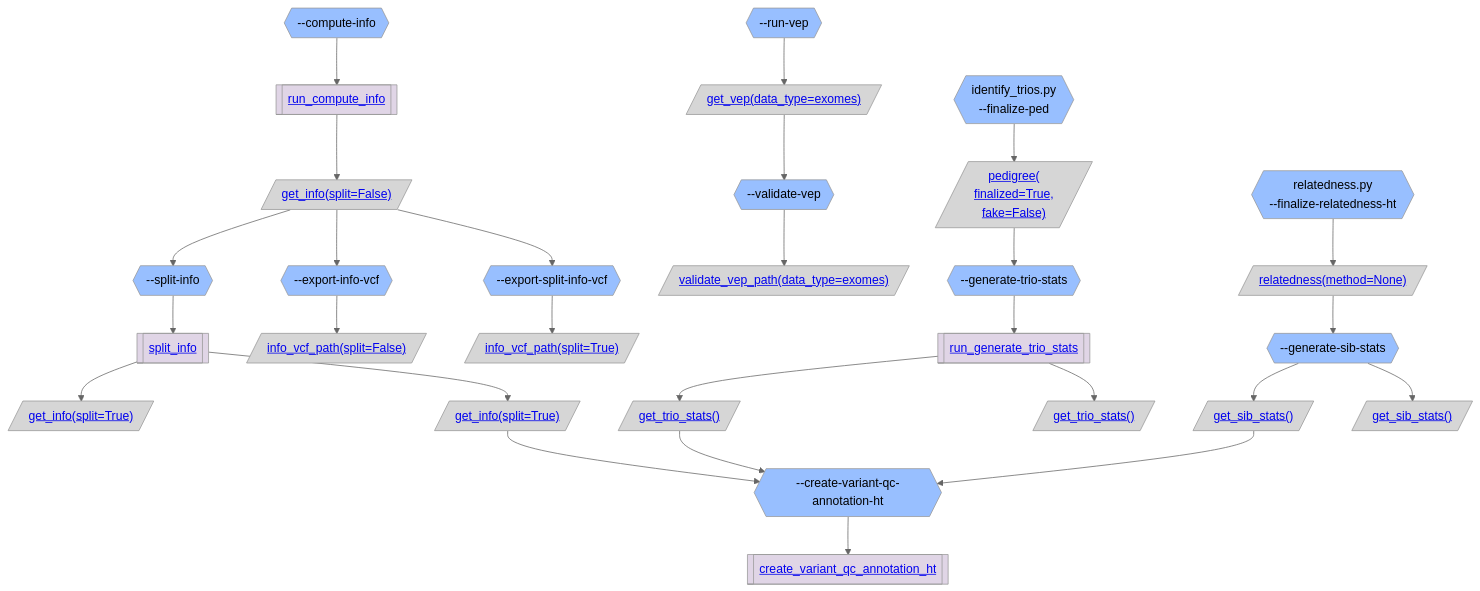
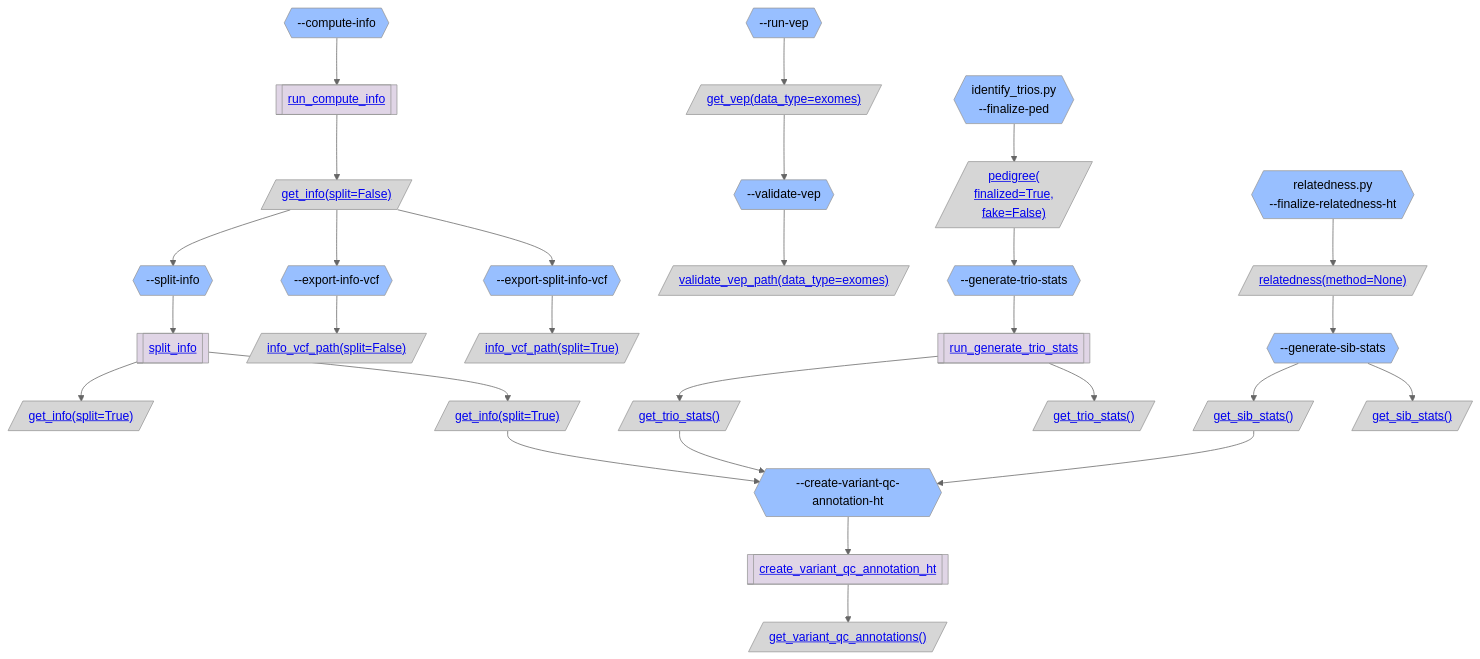
The second of 5 diagrams in gnomad_qc/v4/annotations/README.md (broadinstitute/gnomad_qc), drawn with Mermaid (neutral theme) before and after one commit. The commit also changed other lines of this file and 3 other files, not shown here.

````diff
--- a/gnomad_qc/v4/annotations/README.md
+++ b/gnomad_qc/v4/annotations/README.md
@@ -125,69 +136,71 @@
 ```mermaid
 flowchart TB;
   classDef script_color fill:#2C5D4A,color:#000000
   classDef step_color fill:#98BFFF,color:#000000
   classDef func_color fill:#E0D5E6,color:#000000
   classDef gnomad_methods_color fill:#F9F2CE,color:#000000
   classDef hail_color fill:#FAEACE,color:#000000
   classDef resource_color fill:#D6D6D6,color:#000000
   classDef validity_check_color fill:#2C5D4A,color:#000000
 
   step_compute_info{{"--compute-info"}}:::step_color;
   func_run_compute_info[["<a href='https://github.com/broadinstitute/gnomad_qc/tree/main/gnomad_qc/v4/annotations/generate_variant_qc_annotations.py#L221'>run_compute_info</a>"]]:::func_color;
   resource_get_info_split_False[/"<a href='https://github.com/broadinstitute/gnomad_qc/tree/main/gnomad_qc/v4/resources/annotations.py#L47'>get_info(split=False)</a>"/]:::resource_color;
   step_split_info{{"--split-info"}}:::step_color;
   func_split_info[["<a href='https://github.com/broadinstitute/gnomad_qc/tree/main/gnomad_qc/v4/annotations/generate_variant_qc_annotations.py#L399'>split_info</a>"]]:::func_color;
   get_info_split_True[/"<a href='https://github.com/broadinstitute/gnomad_qc/tree/main/gnomad_qc/v4/resources/annotations.py#L47'>get_info(split=True)</a>"/]:::resource_color;
   resource_get_info_split_True[/"<a href='https://github.com/broadinstitute/gnomad_qc/tree/main/gnomad_qc/v4/resources/annotations.py#L47'>get_info(split=True)</a>"/]:::resource_color;
   step_create_variant_qc_annotation_ht{{"--create-variant-qc-annotation-ht"}}:::step_color;
   func_create_variant_qc_annotation_ht[["<a href='https://github.com/broadinstitute/gnomad_qc/tree/main/gnomad_qc/v4/annotations/generate_variant_qc_annotations.py#L478'>create_variant_qc_annotation_ht</a>"]]:::func_color;
+  get_variant_qc_annotations_[/"<a href='https://github.com/broadinstitute/gnomad_qc/tree/main/gnomad_qc/v4/resources/annotations.py#L149'>get_variant_qc_annotations()</a>"/]:::resource_color;
   step_generate_trio_stats{{"--generate-trio-stats"}}:::step_color;
   func_run_generate_trio_stats[["<a href='https://github.com/broadinstitute/gnomad_qc/tree/main/gnomad_qc/v4/annotations/generate_variant_qc_annotations.py#L427'>run_generate_trio_stats</a>"]]:::func_color;
   resource_get_trio_stats_[/"<a href='https://github.com/broadinstitute/gnomad_qc/tree/main/gnomad_qc/v4/resources/annotations.py#L113'>get_trio_stats()</a>"/]:::resource_color;
   step_generate_sib_stats{{"--generate-sib-stats"}}:::step_color;
   resource_get_sib_stats_[/"<a href='https://github.com/broadinstitute/gnomad_qc/tree/main/gnomad_qc/v4/resources/annotations.py#L131'>get_sib_stats()</a>"/]:::resource_color;
   step_export_info_vcf{{"--export-info-vcf"}}:::step_color;
   info_vcf_path_split_False[/"<a href='https://github.com/broadinstitute/gnomad_qc/tree/main/gnomad_qc/v4/resources/annotations.py#L185'>info_vcf_path(split=False)</a>"/]:::resource_color;
   step_export_split_info_vcf{{"--export-split-info-vcf"}}:::step_color;
   info_vcf_path_split_True[/"<a href='https://github.com/broadinstitute/gnomad_qc/tree/main/gnomad_qc/v4/resources/annotations.py#L185'>info_vcf_path(split=True)</a>"/]:::resource_color;
   step_run_vep{{"--run-vep"}}:::step_color;
   resource_get_vep_data_type_exomes[/"<a href='https://github.com/broadinstitute/gnomad_qc/tree/main/gnomad_qc/v4/resources/annotations.py#L69'>get_vep(data_type=exomes)</a>"/]:::resource_color;
   step_validate_vep{{"--validate-vep"}}:::step_color;
   validate_vep_path_data_type_exomes[/"<a href='https://github.com/broadinstitute/gnomad_qc/tree/main/gnomad_qc/v4/resources/annotations.py#L90'>validate_vep_path(data_type=exomes)</a>"/]:::resource_color;
   step_finalize_ped{{"identify_trios.py
 --finalize-ped"}}:::step_color;
   resource_pedigree_finalized_True_fake_False[/"<a href='https://github.com/broadinstitute/gnomad_qc/tree/main/gnomad_qc/v4/resources/sample_qc.py#L913'>pedigree(
 finalized=True,
 fake=False)</a>"/]:::resource_color;
   get_trio_stats_[/"<a href='https://github.com/broadinstitute/gnomad_qc/tree/main/gnomad_qc/v4/resources/annotations.py#L113'>get_trio_stats()</a>"/]:::resource_color;
   step_finalize_relatedness_ht{{"relatedness.py
 --finalize-relatedness-ht"}}:::step_color;
   resource_relatedness_method_None[/"<a href='https://github.com/broadinstitute/gnomad_qc/tree/main/gnomad_qc/v4/resources/sample_qc.py#L473'>relatedness(method=None)</a>"/]:::resource_color;
   get_sib_stats_[/"<a href='https://github.com/broadinstitute/gnomad_qc/tree/main/gnomad_qc/v4/resources/annotations.py#L131'>get_sib_stats()</a>"/]:::resource_color;
   step_compute_info --> func_run_compute_info;
   func_run_compute_info --> resource_get_info_split_False;
   resource_get_info_split_False --> step_split_info;
   step_split_info --> func_split_info;
   func_split_info --> get_info_split_True;
   func_split_info --> resource_get_info_split_True;
   resource_get_info_split_True --> step_create_variant_qc_annotation_ht;
   step_create_variant_qc_annotation_ht --> func_create_variant_qc_annotation_ht;
+  func_create_variant_qc_annotation_ht --> get_variant_qc_annotations_;
   step_generate_trio_stats --> func_run_generate_trio_stats;
   func_run_generate_trio_stats --> resource_get_trio_stats_;
   resource_get_trio_stats_ --> step_create_variant_qc_annotation_ht;
   step_generate_sib_stats --> resource_get_sib_stats_;
   resource_get_sib_stats_ --> step_create_variant_qc_annotation_ht;
   resource_get_info_split_False --> step_export_info_vcf;
   step_export_info_vcf --> info_vcf_path_split_False;
   resource_get_info_split_False --> step_export_split_info_vcf;
   step_export_split_info_vcf --> info_vcf_path_split_True;
   step_run_vep --> resource_get_vep_data_type_exomes;
   resource_get_vep_data_type_exomes --> step_validate_vep;
   step_validate_vep --> validate_vep_path_data_type_exomes;
   step_finalize_ped --> resource_pedigree_finalized_True_fake_False;
   resource_pedigree_finalized_True_fake_False --> step_generate_trio_stats;
   func_run_generate_trio_stats --> get_trio_stats_;
   step_finalize_relatedness_ht --> resource_relatedness_method_None;
   resource_relatedness_method_None --> step_generate_sib_stats;
   step_generate_sib_stats --> get_sib_stats_;
 ```
````
